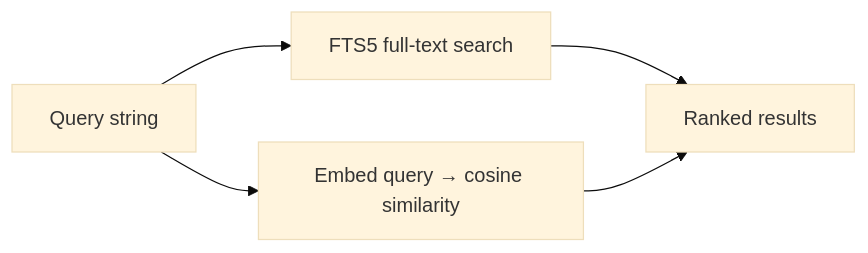
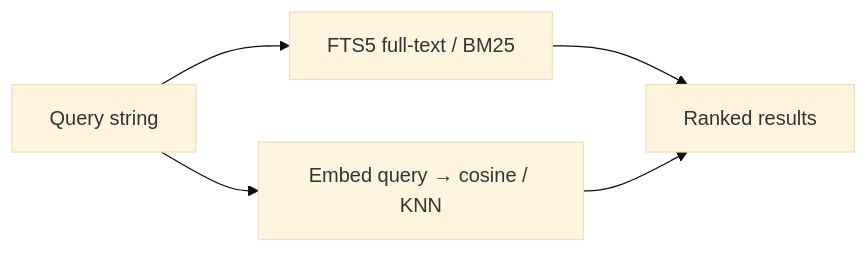
One commit to the-robot-lives/llm-toolkit changed the second of 2 diagrams in docs/arch/data-flow.md. Above: the diagram before and after it, drawn with Mermaid (base theme). The commit also changed other lines of this file and 10 other files, not shown here.

````diff
--- a/docs/arch/data-flow.md
+++ b/docs/arch/data-flow.md
@@ -29,7 +32,7 @@
 ```mermaid
 flowchart LR
-    Q[Query string] --> FTS[FTS5 full-text search]
-    Q --> SEM[Embed query → cosine similarity]
+    Q[Query string] --> FTS[FTS5 full-text / BM25]
+    Q --> SEM[Embed query → cosine / KNN]
     FTS --> R[Ranked results]
     SEM --> R
 ```
````
